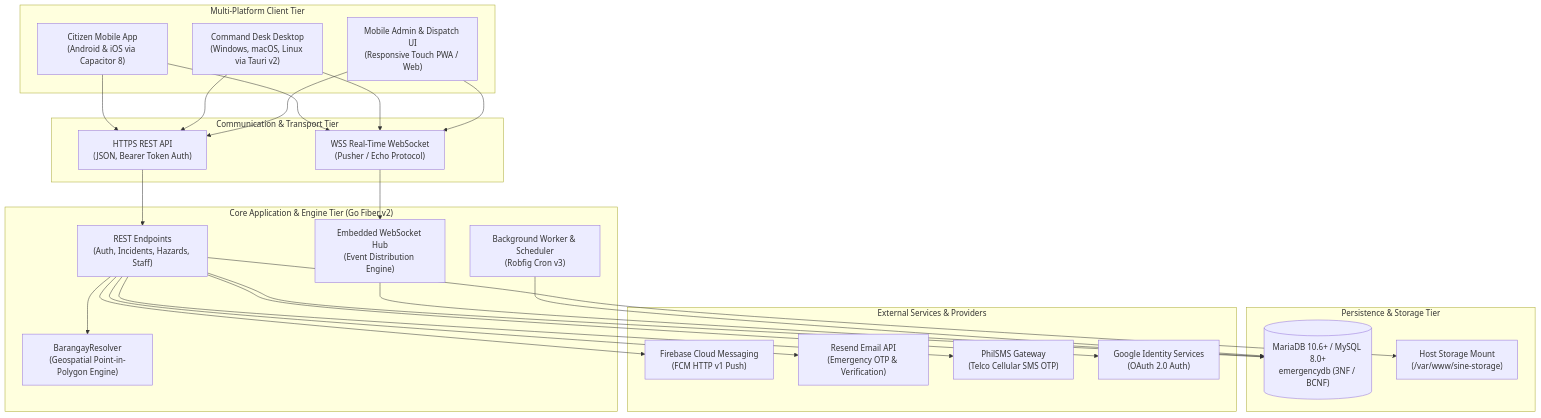
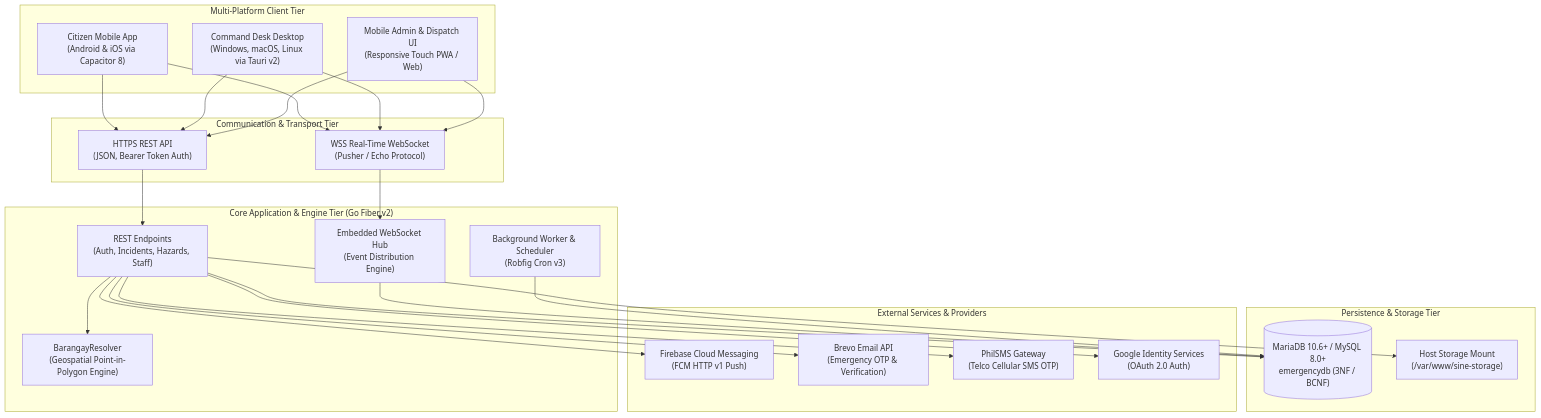
One commit to ejhay26/Location-based-Emergency-Response-App-for-SINE-MDRRMO changed the diagram in docs/architecture/tech-stack.md. Above: the diagram before and after it, drawn with Mermaid. The commit also changed other lines of this file and 43 other files, not shown here.

````diff
--- a/docs/architecture/tech-stack.md
+++ b/docs/architecture/tech-stack.md
@@ -11,53 +11,53 @@
 ```mermaid
 flowchart TD
     subgraph Clients["Multi-Platform Client Tier"]
         CM["Citizen Mobile App<br/>(Android & iOS via Capacitor 8)"]
         DT["Command Desk Desktop<br/>(Windows, macOS, Linux via Tauri v2)"]
         MA["Mobile Admin & Dispatch UI<br/>(Responsive Touch PWA / Web)"]
     end
 
     subgraph Gateway["Communication & Transport Tier"]
         HTTPS["HTTPS REST API<br/>(JSON, Bearer Token Auth)"]
         WSS["WSS Real-Time WebSocket<br/>(Pusher / Echo Protocol)"]
     end
 
     subgraph Backend["Core Application & Engine Tier (Go Fiber v2)"]
         API["REST Endpoints<br/>(Auth, Incidents, Hazards, Staff)"]
         WS["Embedded WebSocket Hub<br/>(Event Distribution Engine)"]
         GEO["BarangayResolver<br/>(Geospatial Point-in-Polygon Engine)"]
         CRON["Background Worker & Scheduler<br/>(Robfig Cron v3)"]
     end
 
     subgraph Data["Persistence & Storage Tier"]
         DB[("MariaDB 10.6+ / MySQL 8.0+<br/>emergencydb (3NF / BCNF)")]
         HOST["Host Storage Mount<br/>(/var/www/sine-storage)"]
     end
 
     subgraph External["External Services & Providers"]
         FCM["Firebase Cloud Messaging<br/>(FCM HTTP v1 Push)"]
-        RESEND["Resend Email API<br/>(Emergency OTP & Verification)"]
+        BREVO["Brevo Email API<br/>(Emergency OTP & Verification)"]
         SMS["PhilSMS Gateway<br/>(Telco Cellular SMS OTP)"]
         OAUTH["Google Identity Services<br/>(OAuth 2.0 Auth)"]
     end
 
     CM --> HTTPS
     CM --> WSS
     DT --> HTTPS
     DT --> WSS
     MA --> HTTPS
     MA --> WSS
 
     HTTPS --> API
     WSS --> WS
 
     API --> GEO
     API --> DB
     API --> HOST
     WS --> DB
     CRON --> DB
 
     API --> FCM
-    API --> RESEND
+    API --> BREVO
     API --> SMS
     API --> OAUTH
 ```
````
